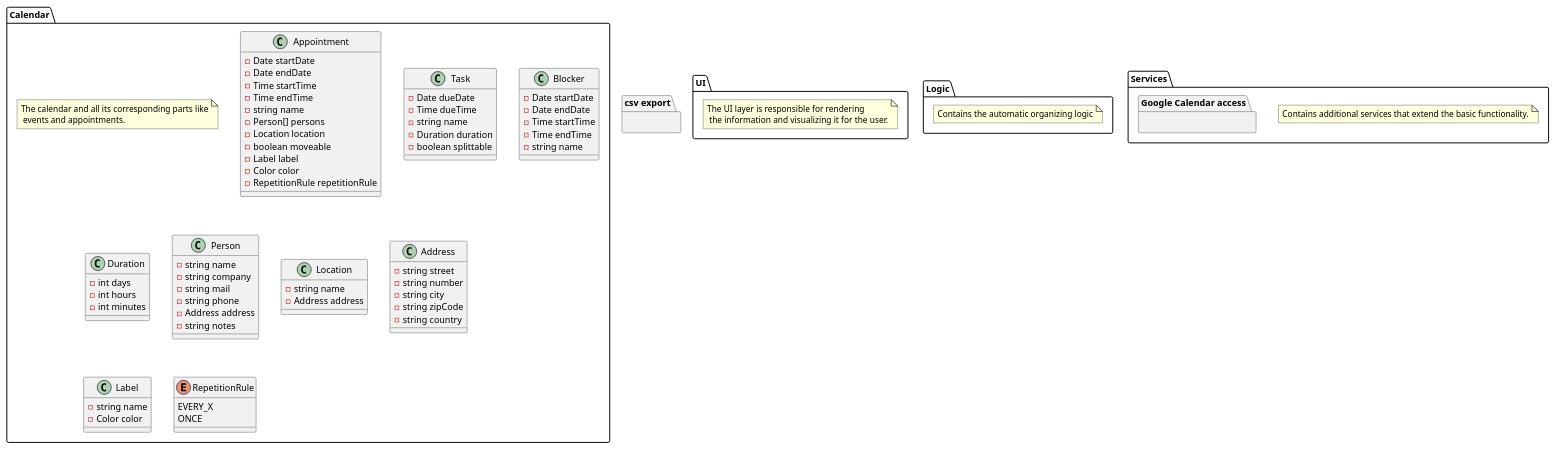
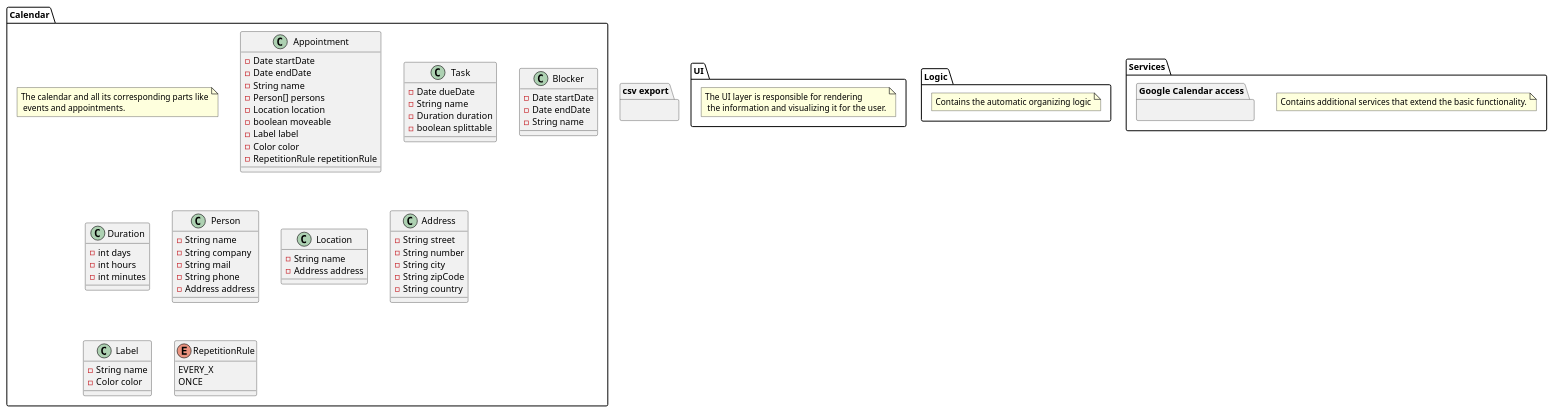
Before and after one commit to MKL105/Organizer: the diagram in doc/architecture.plantuml, drawn with PlantUML. The commit also changed 12 other files, not shown here.

```diff
--- a/doc/architecture.plantuml
+++ b/doc/architecture.plantuml
@@ -1,86 +1,80 @@
 @startuml
     package UI {
         note "The UI layer is responsible for rendering\n the information and visualizing it for the user." as N1
     }
     package Calendar {
         note "The calendar and all its corresponding parts like\n events and appointments." as N2
 
         class Appointment {
             - Date startDate
             - Date endDate
-            - Time startTime
-            - Time endTime
-            - string name
+            - String name
             - Person[] persons
             - Location location
             - boolean moveable
             - Label label
             - Color color
             - RepetitionRule repetitionRule
         }
 
         class Task {
             - Date dueDate
-            - Time dueTime
-            - string name
+            - String name
             - Duration duration
             - boolean splittable
         }
 
         class Blocker {
             - Date startDate
             - Date endDate
-            - Time startTime
-            - Time endTime
-            - string name
+            - String name
         }
 
         class Duration {
             - int days
             - int hours
             - int minutes
         }
 
         class Person {
-            - string name
-            - string company
-            - string mail
-            - string phone
+            - String name
+            - String company
+            - String mail
+            - String phone
             - Address address
-            - string notes
         }
 
         class Location {
-            - string name
+            - String name
             - Address address
         }
 
         class Address {
-            - string street
-            - string number
-            - string city
-            - string zipCode
-            - string country
+            - String street
+            - String number
+            - String city
+            - String zipCode
+            - String country
         }
 
         class Label {
-            - string name
+            - String name
             - Color color
         }
 
         enum RepetitionRule {
             EVERY_X
             ONCE
         }
     }
     package Logic {
         note "Contains the automatic organizing logic" as N3
     }
     package Services {
         note "Contains additional services that extend the basic functionality." as N4
         package "Google Calendar access" {
         }
         package ".csv export" {
         }
     }
 @enduml
```
